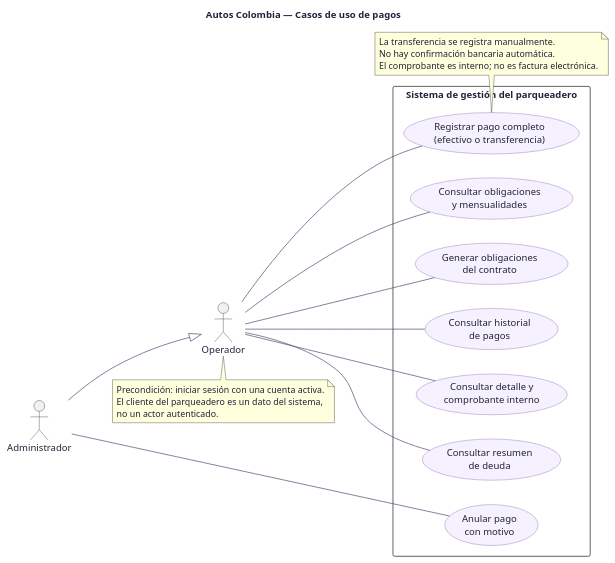
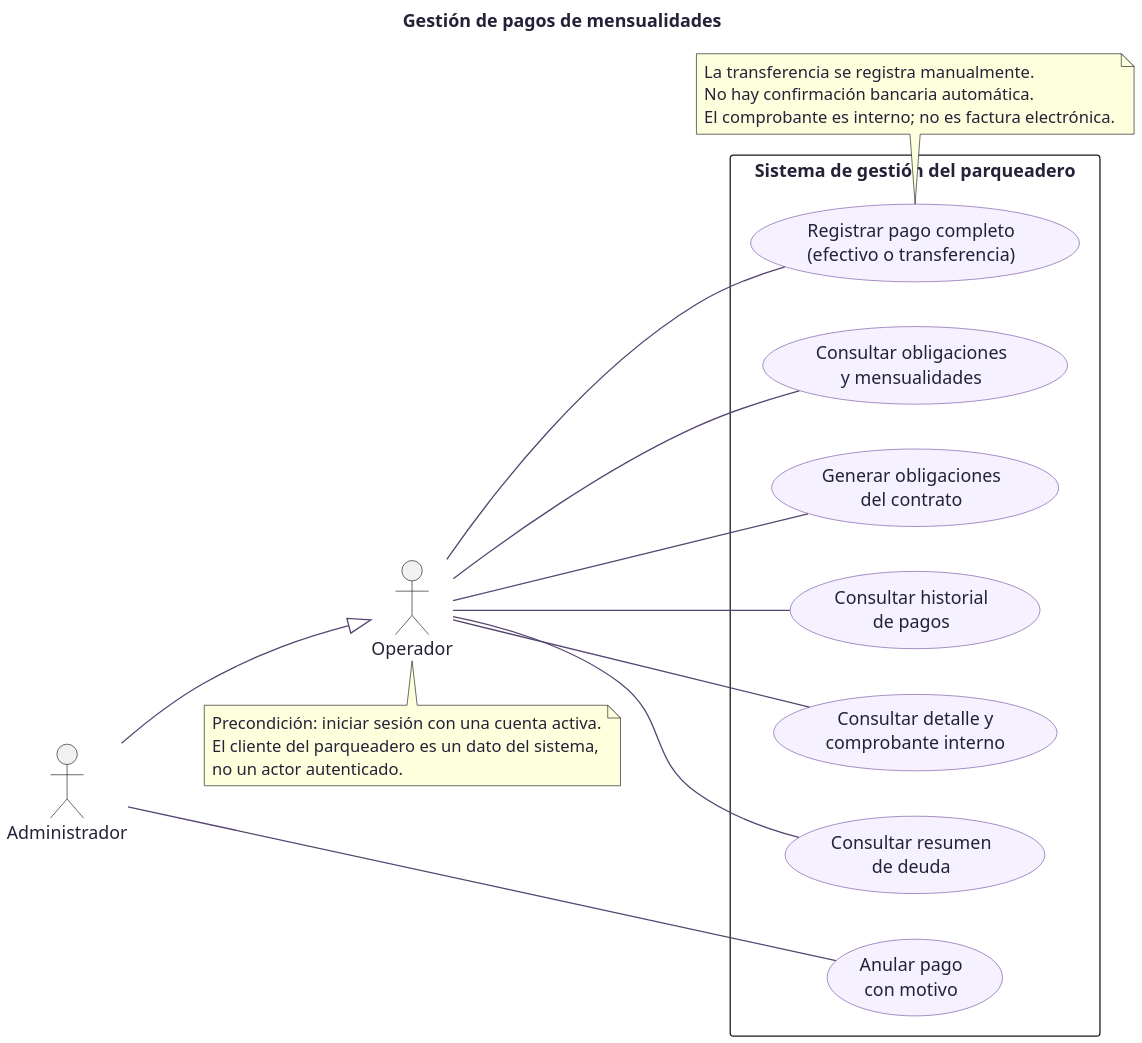
The diagram in full stack/docs/entrega-iteracion-3/diagramas/modelos-editables/casos-uso-iteracion-3.puml (brayandurango-lgtm/Disenio-de-sistema-de-informacion-iteracion-tres), drawn with PlantUML before and after one commit. The commit also changed 11 other files, not shown here.

Commit message:
Elaboracion de los cuatro diagramas estilo starUML

```diff
--- a/full stack/docs/entrega-iteracion-3/diagramas/modelos-editables/casos-uso-iteracion-3.puml
+++ b/full stack/docs/entrega-iteracion-3/diagramas/modelos-editables/casos-uso-iteracion-3.puml
@@ -1,49 +1,50 @@
 @startuml
 left to right direction
 skinparam backgroundColor #FFFFFF
 skinparam defaultFontColor #242238
 skinparam shadowing false
+ skinparam dpi 180
 skinparam packageStyle rectangle
 skinparam usecase {
   BackgroundColor #F5F1FF
   BorderColor #7653A6
   ArrowColor #55436F
 }
 skinparam actorStyle stickman
 
-title Autos Colombia — Casos de uso de pagos
+title Gestión de pagos de mensualidades
 
 actor Operador as Op
 actor Administrador as Admin
 Admin --|> Op
 
 rectangle "Sistema de gestión del parqueadero" {
   usecase "Consultar obligaciones\ny mensualidades" as UC1
   usecase "Generar obligaciones\ndel contrato" as UC2
   usecase "Registrar pago completo\n(efectivo o transferencia)" as UC3
   usecase "Consultar historial\nde pagos" as UC4
   usecase "Consultar detalle y\ncomprobante interno" as UC5
   usecase "Consultar resumen\nde deuda" as UC6
   usecase "Anular pago\ncon motivo" as UC7
 }
 
 Op -- UC1
 Op -- UC2
 Op -- UC3
 Op -- UC4
 Op -- UC5
 Op -- UC6
 Admin -- UC7
 
 note bottom of UC3
 La transferencia se registra manualmente.
 No hay confirmación bancaria automática.
 El comprobante es interno; no es factura electrónica.
 end note
 
 note bottom of Op
 Precondición: iniciar sesión con una cuenta activa.
 El cliente del parqueadero es un dato del sistema,
 no un actor autenticado.
 end note
 @enduml
```
